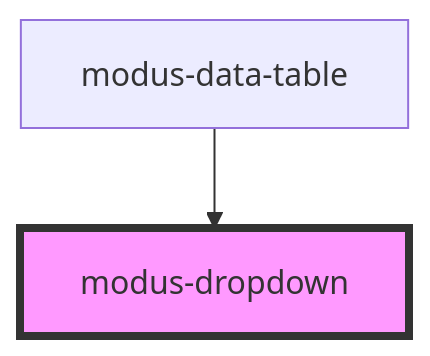
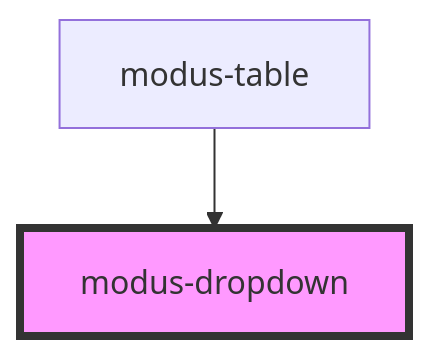
One commit to trimble-oss/modus-web-components changed the diagram in stencil-workspace/src/components/modus-dropdown/readme.md. Above: the diagram before and after it, drawn with Mermaid. The commit also changed other lines of this file and 25 other files, not shown here.

Commit message:
Added sorting feature to Modus Data Table

````diff
--- a/stencil-workspace/src/components/modus-dropdown/readme.md
+++ b/stencil-workspace/src/components/modus-dropdown/readme.md
@@ -34,5 +34,5 @@
 ```mermaid
 graph TD;
-  modus-data-table --> modus-dropdown
+  modus-table --> modus-dropdown
   style modus-dropdown fill:#f9f,stroke:#333,stroke-width:4px
 ```
````
